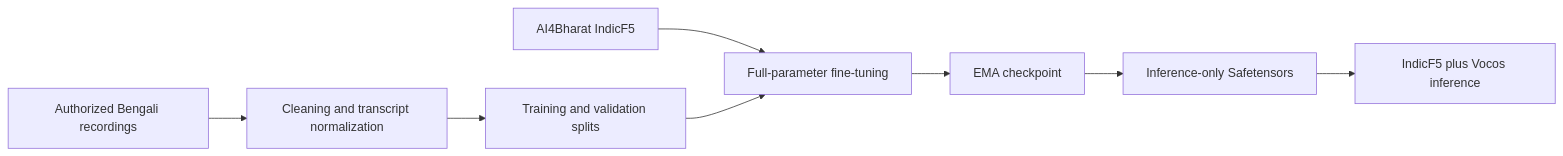
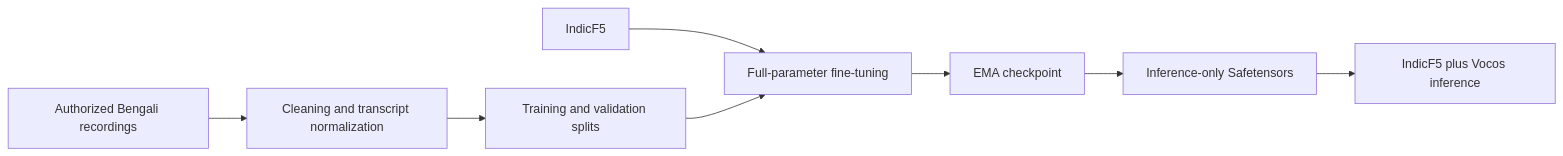
Before and after one commit to shariardipto/DH-TTS: the first of 2 diagrams in README.md, drawn with Mermaid. The commit also changed other lines of this file, not shown here.

Commit message:
readme updated

````diff
--- a/README.md
+++ b/README.md
@@ -46,10 +46,10 @@
 ```mermaid
 flowchart LR
     A[Authorized Bengali recordings] --> B[Cleaning and transcript normalization]
     B --> C[Training and validation splits]
-    D[AI4Bharat IndicF5] --> E[Full-parameter fine-tuning]
+    D[IndicF5] --> E[Full-parameter fine-tuning]
     C --> E
     E --> F[EMA checkpoint]
     F --> G[Inference-only Safetensors]
     G --> H[IndicF5 plus Vocos inference]
 ```
````
